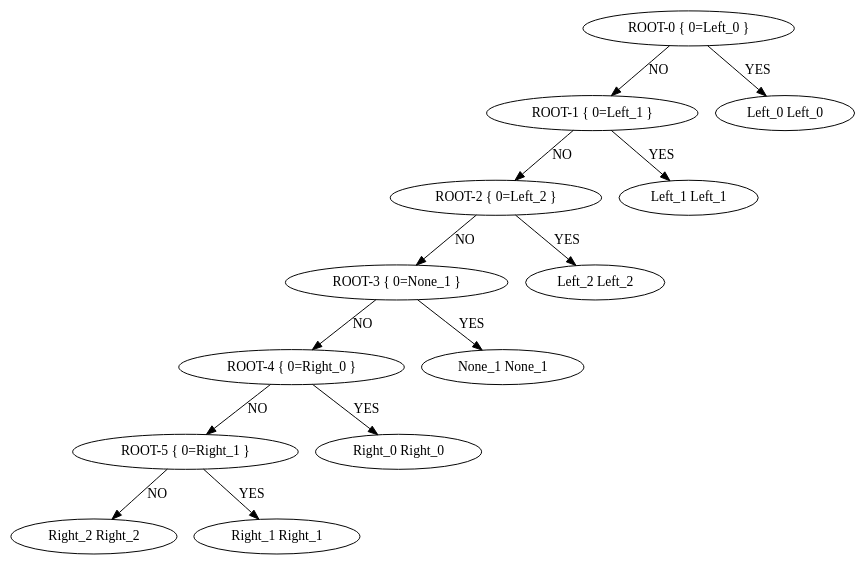
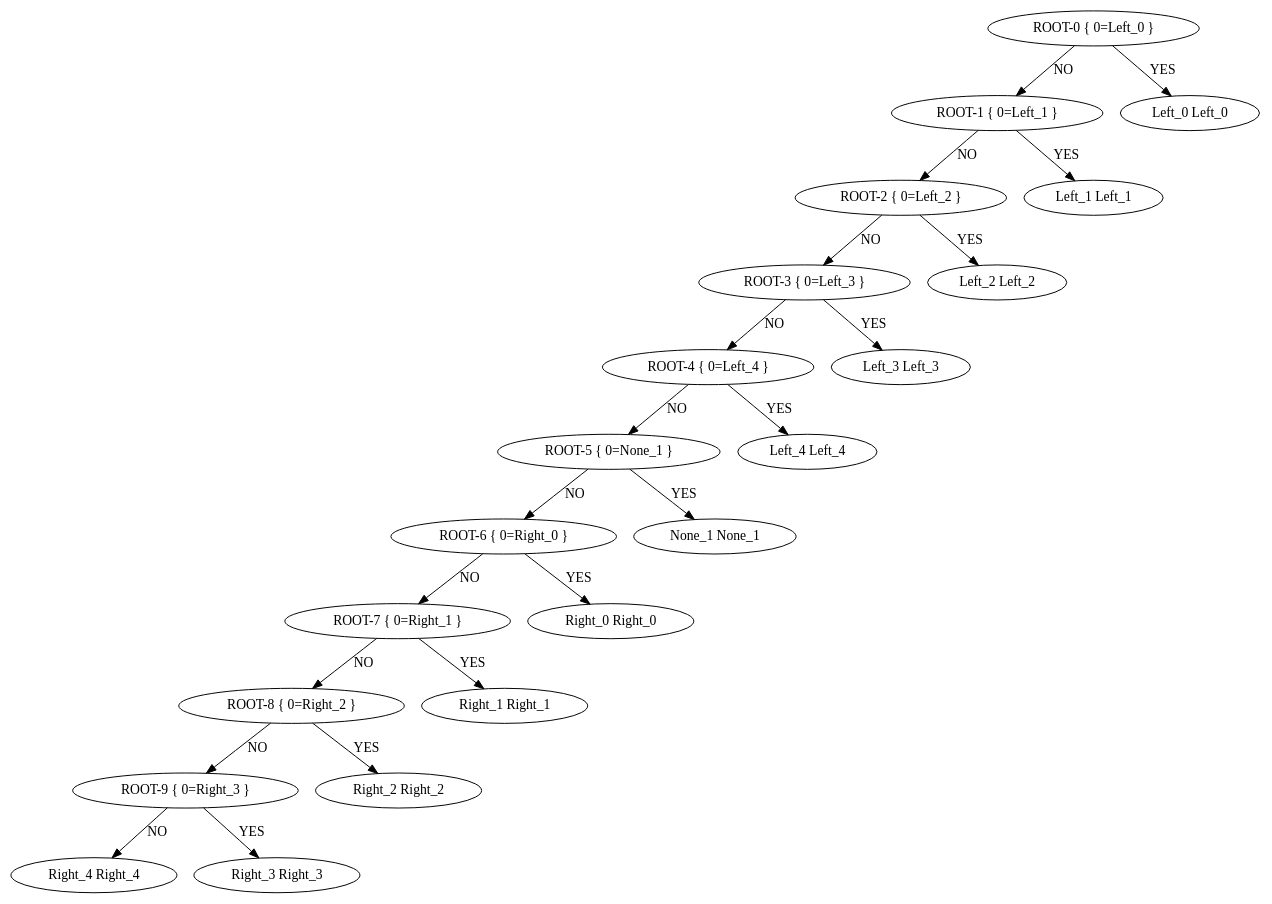
Before and after one commit to pyLiveNodes/LiveNodes: the diagram in topo.dot, drawn with Graphviz. The commit also changed 50 other files, not shown here.

```diff
--- a/topo.dot
+++ b/topo.dot
@@ -1,27 +1,43 @@
 digraph G {
 1 [ label="ROOT-0 { 0=Left_0 }" ]
 2 [ label="ROOT-1 { 0=Left_1 }" ]
 3 [ label="ROOT-2 { 0=Left_2 }" ]
-4 [ label="ROOT-3 { 0=None_1 }" ]
-5 [ label="ROOT-4 { 0=Right_0 }" ]
-6 [ label="ROOT-5 { 0=Right_1 }" ]
-7 [ label="Right_2 Right_2" ]
-8 [ label="Right_1 Right_1" ]
-9 [ label="Right_0 Right_0" ]
-10 [ label="None_1 None_1" ]
-11 [ label="Left_2 Left_2" ]
-12 [ label="Left_1 Left_1" ]
-13 [ label="Left_0 Left_0" ]
+4 [ label="ROOT-3 { 0=Left_3 }" ]
+5 [ label="ROOT-4 { 0=Left_4 }" ]
+6 [ label="ROOT-5 { 0=None_1 }" ]
+7 [ label="ROOT-6 { 0=Right_0 }" ]
+8 [ label="ROOT-7 { 0=Right_1 }" ]
+9 [ label="ROOT-8 { 0=Right_2 }" ]
+10 [ label="ROOT-9 { 0=Right_3 }" ]
+11 [ label="Right_4 Right_4" ]
+12 [ label="Right_3 Right_3" ]
+13 [ label="Right_2 Right_2" ]
+14 [ label="Right_1 Right_1" ]
+15 [ label="Right_0 Right_0" ]
+16 [ label="None_1 None_1" ]
+17 [ label="Left_4 Left_4" ]
+18 [ label="Left_3 Left_3" ]
+19 [ label="Left_2 Left_2" ]
+20 [ label="Left_1 Left_1" ]
+21 [ label="Left_0 Left_0" ]
 1->2 [ label="NO" ]
 2->3 [ label="NO" ]
 3->4 [ label="NO" ]
 4->5 [ label="NO" ]
 5->6 [ label="NO" ]
 6->7 [ label="NO" ]
-6->8 [ label="YES" ]
-5->9 [ label="YES" ]
-4->10 [ label="YES" ]
-3->11 [ label="YES" ]
-2->12 [ label="YES" ]
-1->13 [ label="YES" ]
+7->8 [ label="NO" ]
+8->9 [ label="NO" ]
+9->10 [ label="NO" ]
+10->11 [ label="NO" ]
+10->12 [ label="YES" ]
+9->13 [ label="YES" ]
+8->14 [ label="YES" ]
+7->15 [ label="YES" ]
+6->16 [ label="YES" ]
+5->17 [ label="YES" ]
+4->18 [ label="YES" ]
+3->19 [ label="YES" ]
+2->20 [ label="YES" ]
+1->21 [ label="YES" ]
 }
```
